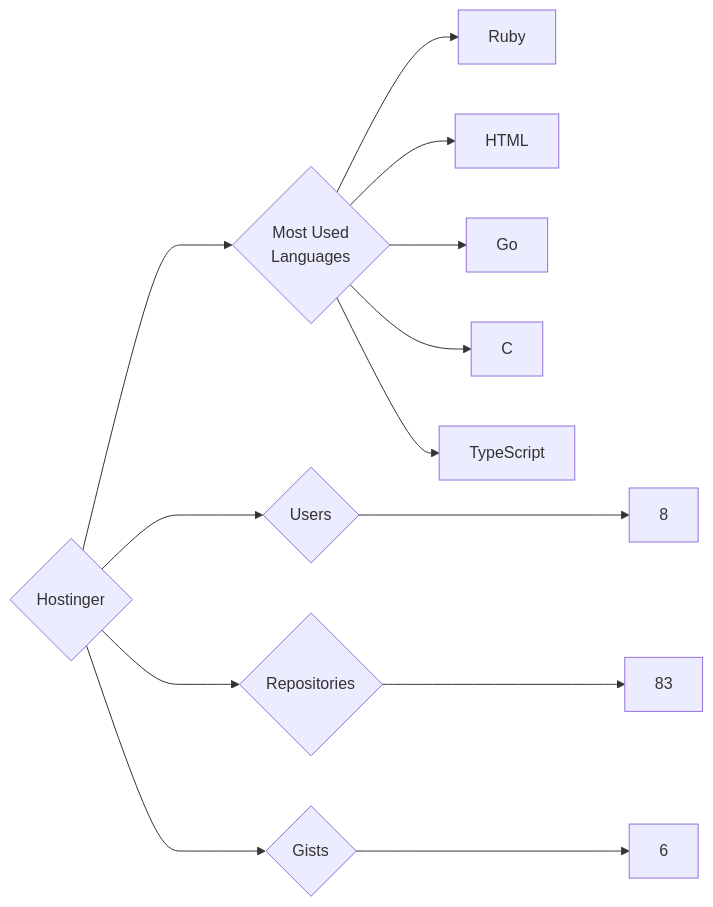
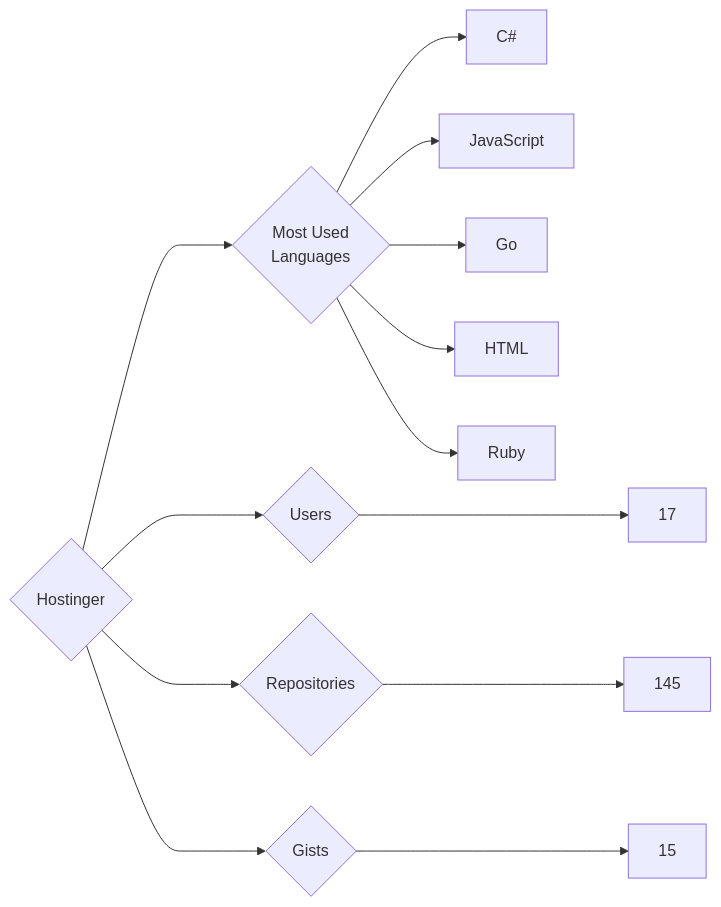
Before and after one commit to trickest/insiders: the diagram in targets/Hostinger/README.md, drawn with Mermaid. The commit also changed 775 other files, not shown here.

````diff
--- a/targets/Hostinger/README.md
+++ b/targets/Hostinger/README.md
@@ -3,13 +3,13 @@
 ```mermaid
 graph LR
 COMPANY_NAME{Hostinger}
-COMPANY_NAME ---> U{Users} ---> UN[8]
-COMPANY_NAME ---> R{Repositories} ---> RN[83]
-COMPANY_NAME ---> G{Gists} ---> GN[6]
+COMPANY_NAME ---> U{Users} ---> UN[17]
+COMPANY_NAME ---> R{Repositories} ---> RN[145]
+COMPANY_NAME ---> G{Gists} ---> GN[15]
 COMPANY_NAME ---> ML{Most Used<br>Languages}
+ML --> C#[C#]
+ML --> JavaScript[JavaScript]
+ML --> Go[Go]
+ML --> HTML[HTML]
 ML --> Ruby[Ruby]
-ML --> HTML[HTML]
-ML --> Go[Go]
-ML --> C[C]
-ML --> TypeScript[TypeScript]
 ```
````
